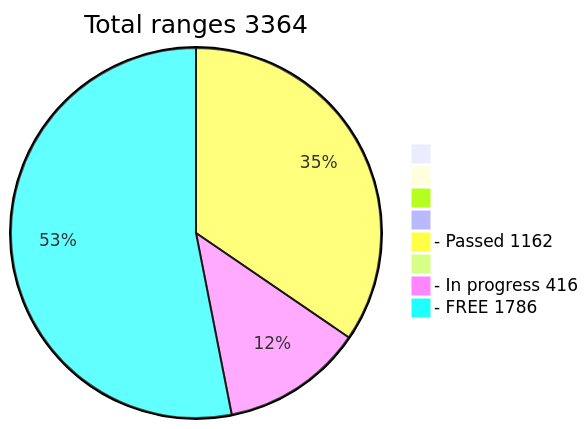
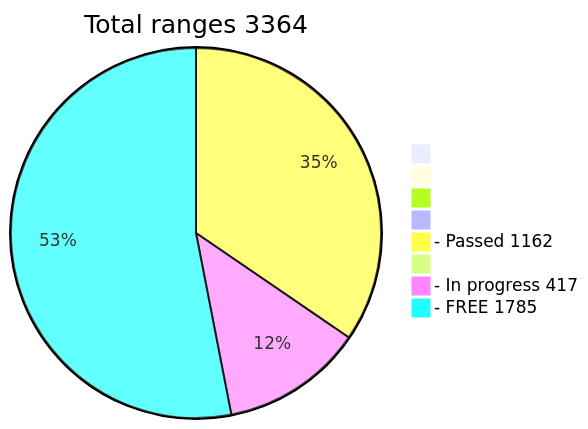
One commit to phrutis/wif500 changed the diagram in README.md. Above: the diagram before and after it, drawn with Mermaid.

````diff
--- a/README.md
+++ b/README.md
@@ -16,12 +16,12 @@
 ```mermaid
 pie title Total ranges 3364
              " " : 0
             "  " : 0
            "   " : 0
           "    " : 0
   "- Passed 1162" : 1162
          "     " : 0
-  "- In progress 416" : 416
-   "- FREE 1786" : 1786
+  "- In progress 417" : 417
+   "- FREE 1785" : 1785
    
 ```
````
